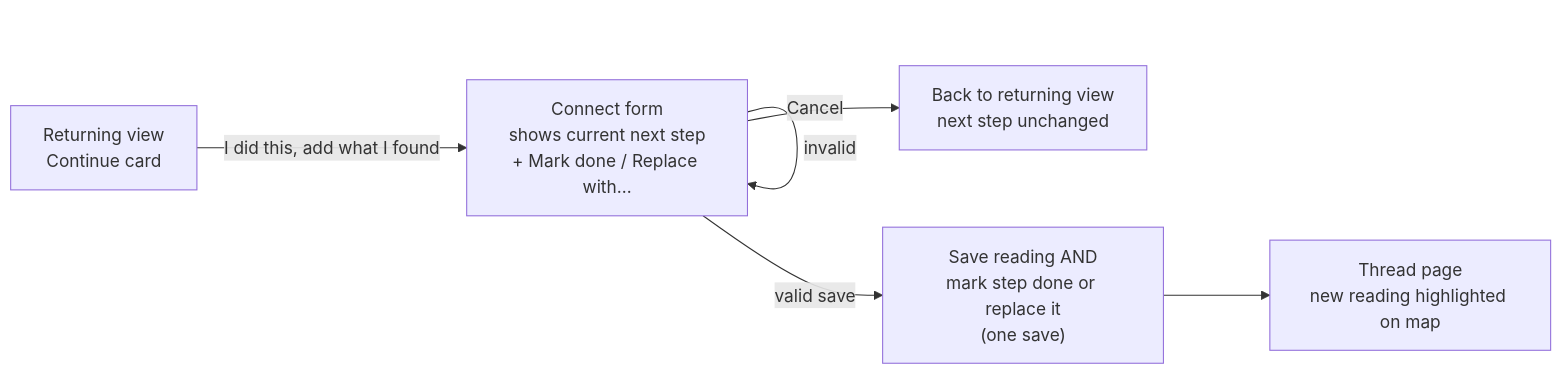
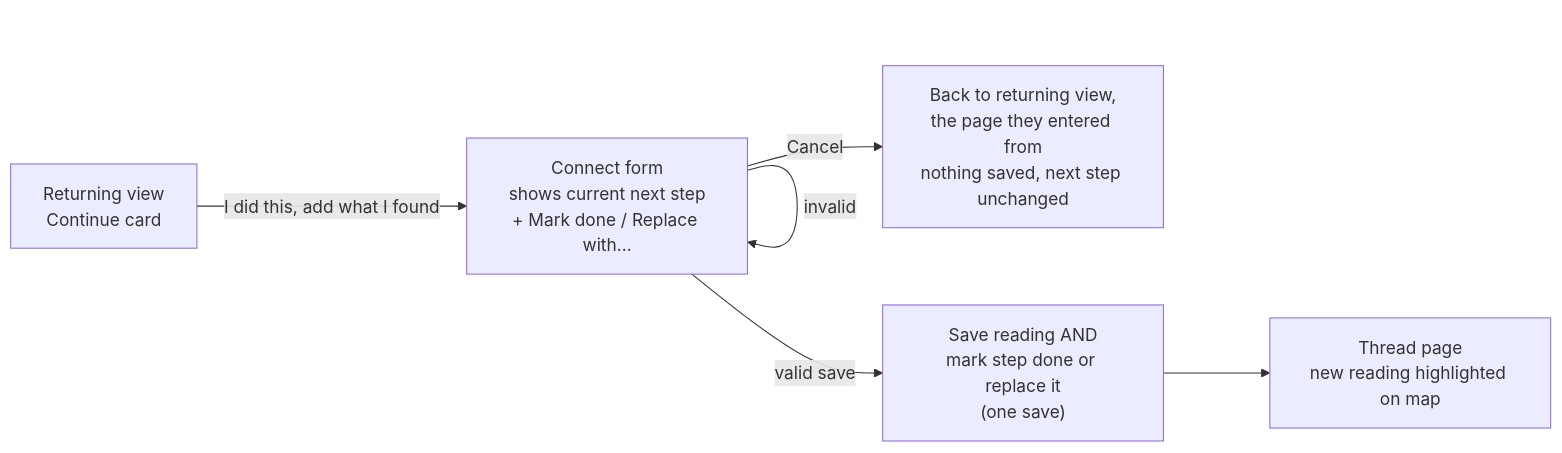
The third of 3 diagrams in flows.md (carsonjyw/mpcs-51238-project_3), drawn with Mermaid before and after one commit. The commit also changed other lines of this file and 2 other files, not shown here.

First line of the commit message:
Step 2

````diff
--- a/flows.md
+++ b/flows.md
@@ -183,8 +198,8 @@
 ```mermaid
 flowchart LR
     R["Returning view<br/>Continue card"] -- "I did this, add what I found" --> C["Connect form<br/>shows current next step<br/>+ Mark done / Replace with…"]
     C -- invalid --> C
     C -- "valid save" --> S["Save reading AND<br/>mark step done or replace it<br/>(one save)"]
     S --> T["Thread page<br/>new reading highlighted on map"]
-    C -- Cancel --> R2["Back to returning view<br/>next step unchanged"]
+    C -- Cancel --> R2["Back to returning view,<br/>the page they entered from<br/>nothing saved, next step unchanged"]
 ```
````
